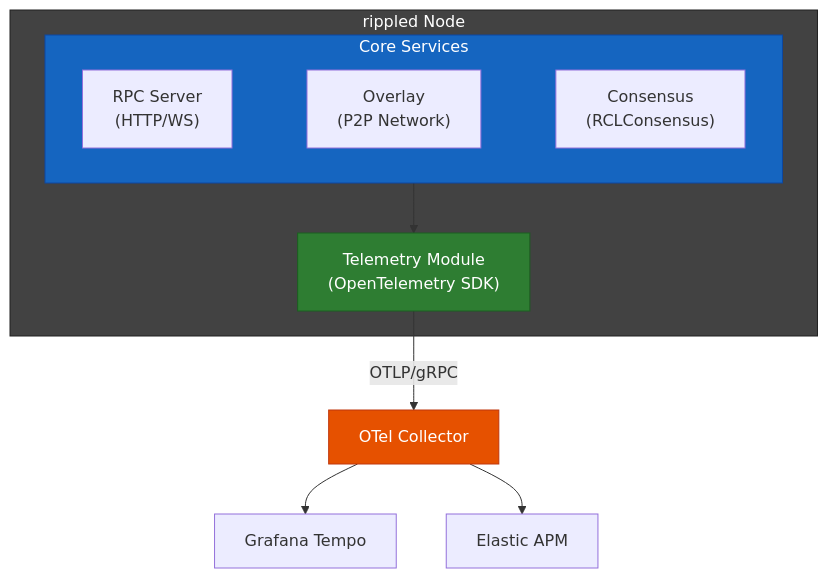
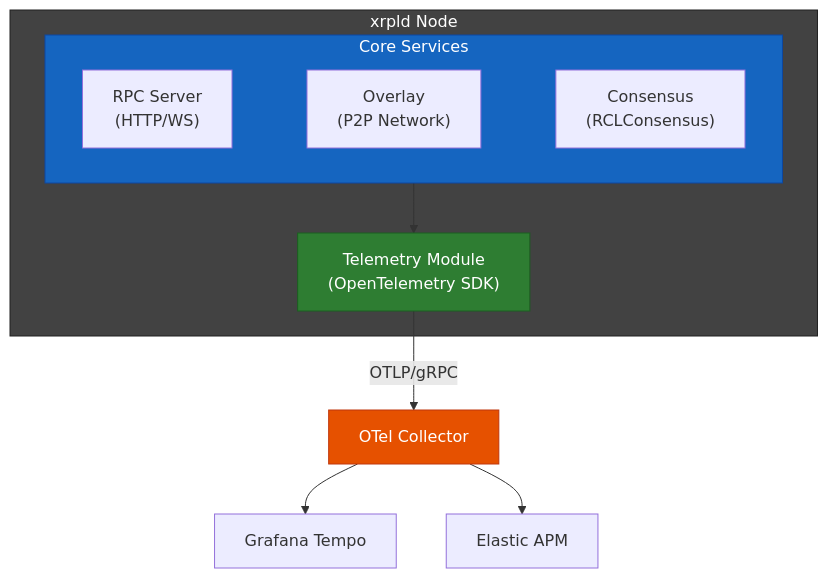
The sixth of 14 diagrams in OpenTelemetryPlan/presentation.md (XRPLF/rippled), drawn with Mermaid before and after one commit. The commit also changed other lines of this file and 10 other files, not shown here.

````diff
--- a/OpenTelemetryPlan/presentation.md
+++ b/OpenTelemetryPlan/presentation.md
@@ -212,23 +212,23 @@
 ```mermaid
 flowchart TB
-    subgraph rippled["rippled Node"]
+    subgraph xrpld["xrpld Node"]
         subgraph services["Core Services"]
             direction LR
             RPC["RPC Server<br/>(HTTP/WS)"] ~~~ Overlay["Overlay<br/>(P2P Network)"] ~~~ Consensus["Consensus<br/>(RCLConsensus)"]
         end
 
         Telemetry["Telemetry Module<br/>(OpenTelemetry SDK)"]
 
         services --> Telemetry
     end
 
     Telemetry -->|OTLP/gRPC| Collector["OTel Collector"]
 
     Collector --> Tempo["Grafana Tempo"]
     Collector --> Elastic["Elastic APM"]
 
-    style rippled fill:#424242,stroke:#212121,color:#fff
+    style xrpld fill:#424242,stroke:#212121,color:#fff
     style services fill:#1565c0,stroke:#0d47a1,color:#fff
     style Telemetry fill:#2e7d32,stroke:#1b5e20,color:#fff
     style Collector fill:#e65100,stroke:#bf360c,color:#fff
 ```
````
